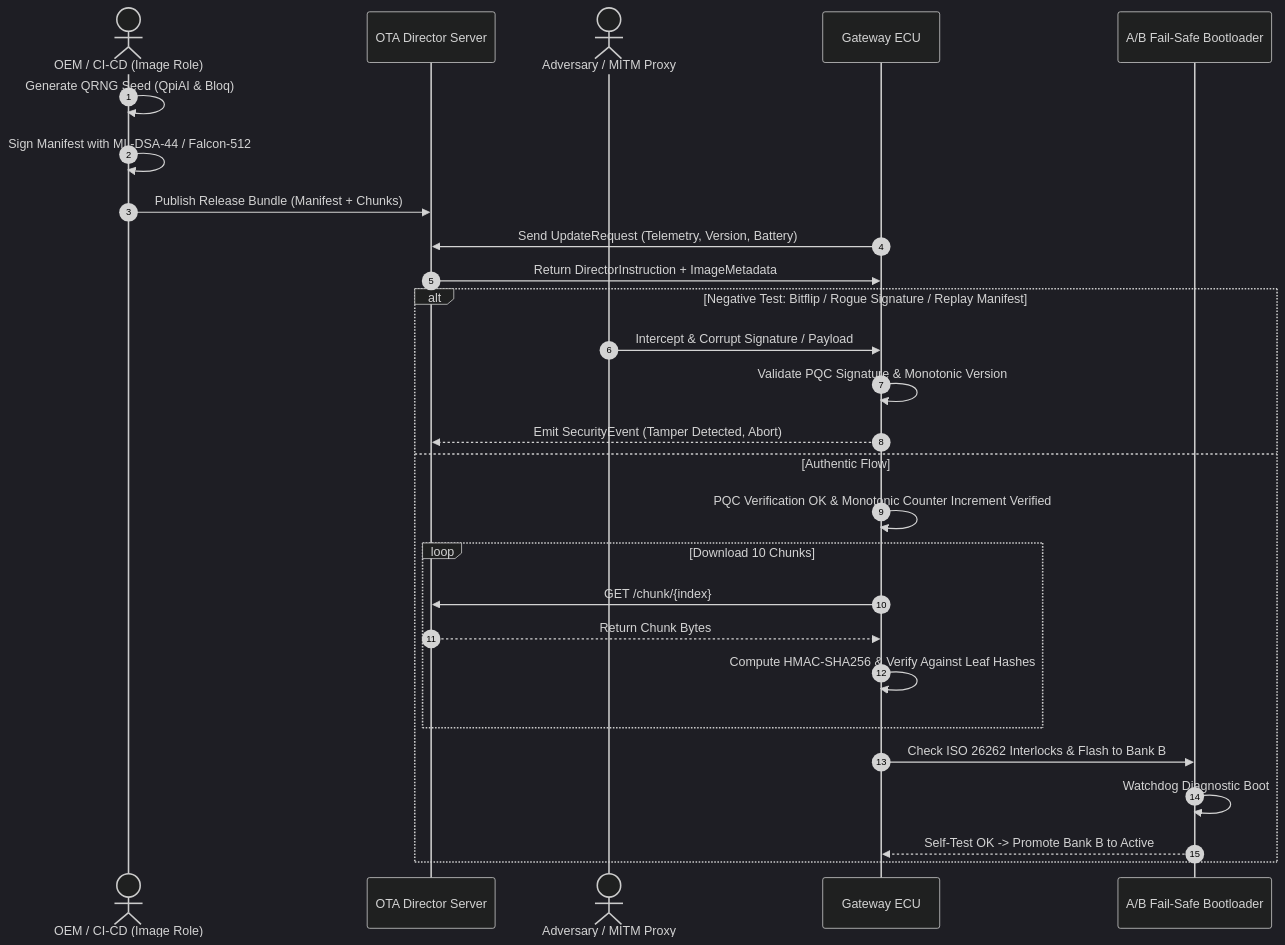
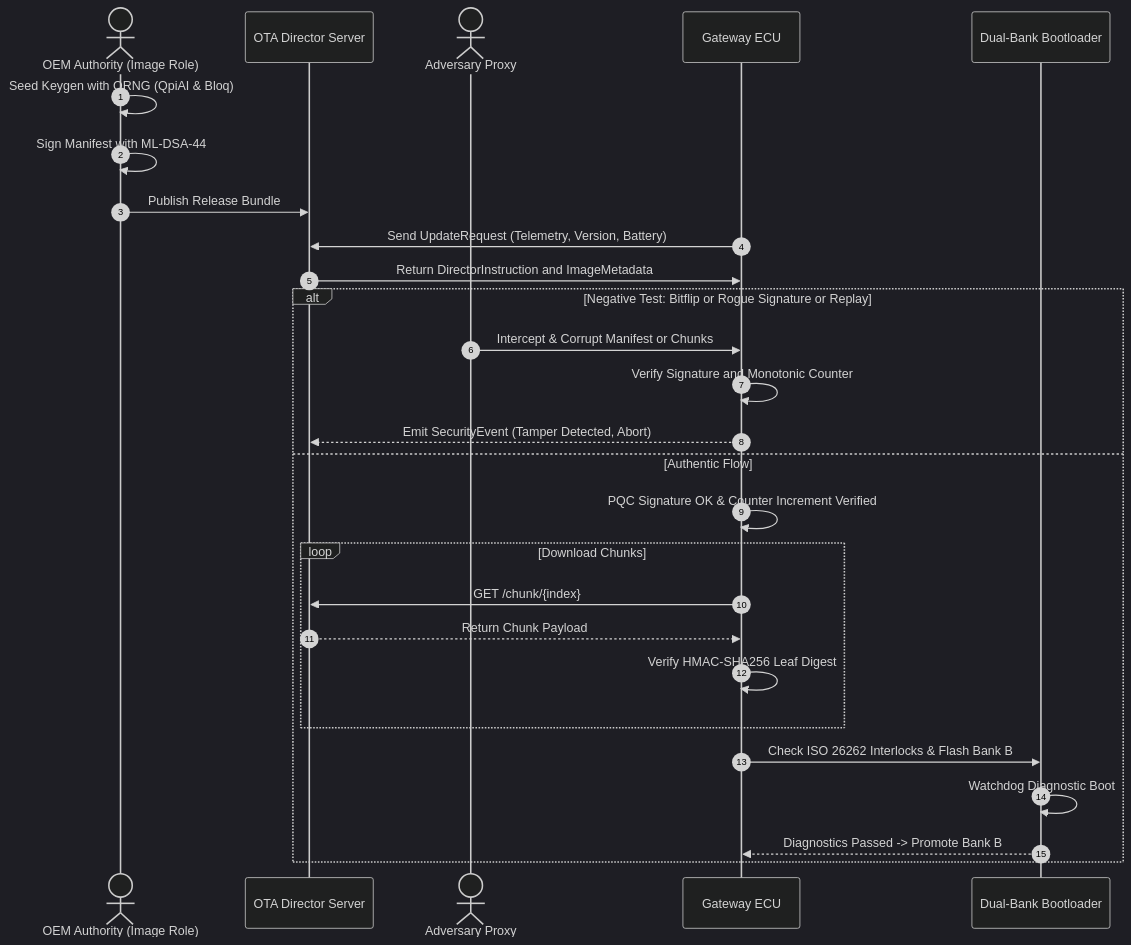
One commit to imnottaken/AutoQrypt changed the third of 3 diagrams in README.md. Above: the diagram before and after it, drawn with Mermaid (dark theme). The commit also changed other lines of this file, not shown here.

Commit message:
docs: fix mermaid diagram syntax, deliverable links, and AutoQrypt branding

````diff
--- a/README.md
+++ b/README.md
@@ -247,31 +157,31 @@
 ```mermaid
 sequenceDiagram
     autonumber
-    actor OEM as OEM / CI-CD (Image Role)
+    actor OEM as OEM Authority (Image Role)
     participant DIR as OTA Director Server
-    actor MITM as Adversary / MITM Proxy
+    actor MITM as Adversary Proxy
     participant ECU as Gateway ECU
-    participant BOOT as A/B Fail-Safe Bootloader
+    participant BOOT as Dual-Bank Bootloader
 
-    OEM->>OEM: Generate QRNG Seed (QpiAI & Bloq)
-    OEM->>OEM: Sign Manifest with ML-DSA-44 / Falcon-512
-    OEM->>DIR: Publish Release Bundle (Manifest + Chunks)
+    OEM->>OEM: Seed Keygen with QRNG (QpiAI & Bloq)
+    OEM->>OEM: Sign Manifest with ML-DSA-44
+    OEM->>DIR: Publish Release Bundle
     ECU->>DIR: Send UpdateRequest (Telemetry, Version, Battery)
-    DIR->>ECU: Return DirectorInstruction + ImageMetadata
+    DIR->>ECU: Return DirectorInstruction and ImageMetadata
     
-    alt Negative Test: Bitflip / Rogue Signature / Replay Manifest
-        MITM->>ECU: Intercept & Corrupt Signature / Payload
-        ECU->>ECU: Validate PQC Signature & Monotonic Version
+    alt Negative Test: Bitflip or Rogue Signature or Replay
+        MITM->>ECU: Intercept & Corrupt Manifest or Chunks
+        ECU->>ECU: Verify Signature and Monotonic Counter
         ECU-->>DIR: Emit SecurityEvent (Tamper Detected, Abort)
     else Authentic Flow
-        ECU->>ECU: PQC Verification OK & Monotonic Counter Increment Verified
-        loop Download 10 Chunks
+        ECU->>ECU: PQC Signature OK & Counter Increment Verified
+        loop Download Chunks
             ECU->>DIR: GET /chunk/{index}
-            DIR-->>ECU: Return Chunk Bytes
-            ECU->>ECU: Compute HMAC-SHA256 & Verify Against Leaf Hashes
+            DIR-->>ECU: Return Chunk Payload
+            ECU->>ECU: Verify HMAC-SHA256 Leaf Digest
         end
-        ECU->>BOOT: Check ISO 26262 Interlocks & Flash to Bank B
+        ECU->>BOOT: Check ISO 26262 Interlocks & Flash Bank B
         BOOT->>BOOT: Watchdog Diagnostic Boot
-        BOOT-->>ECU: Self-Test OK -> Promote Bank B to Active
+        BOOT-->>ECU: Diagnostics Passed -> Promote Bank B
     end
 ```
````
